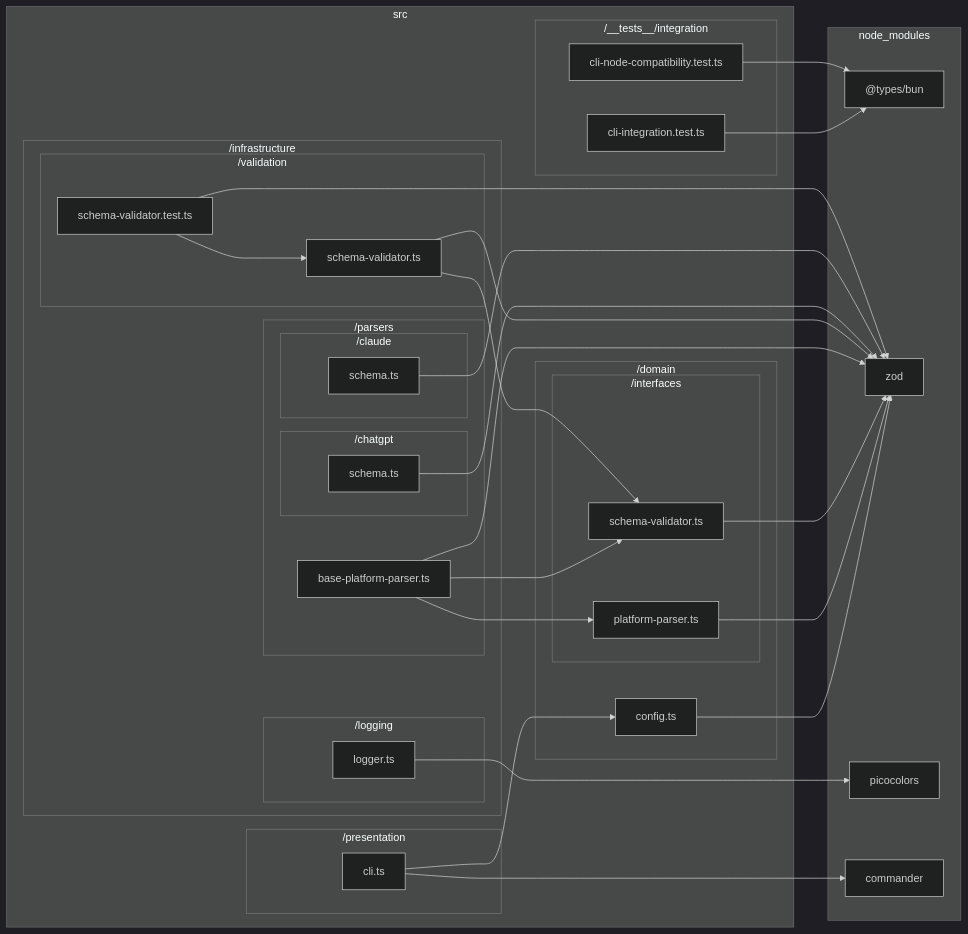
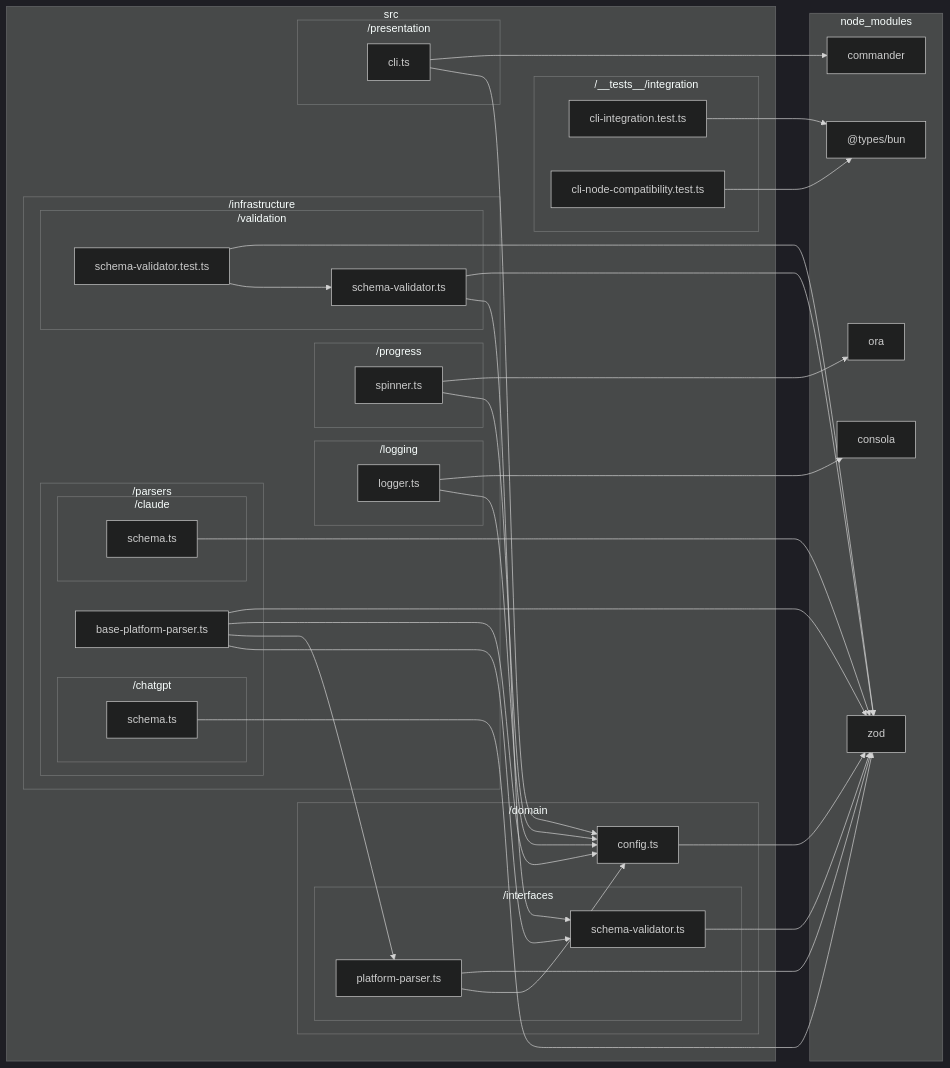
One commit to sugurutakahashi-1234/ai-chat-md-export changed the diagram in docs/reports/dependencies/external.md. Above: the diagram before and after it, drawn with Mermaid (dark theme). The commit also changed 27 other files, not shown here.

Commit message:
refactor: replace picocolors with consola and separate logger/spinner concerns (#67)

````diff
--- a/docs/reports/dependencies/external.md
+++ b/docs/reports/dependencies/external.md
@@ -7,60 +7,69 @@
 ```mermaid
 flowchart LR
     subgraph node//modules["node_modules"]
         node//modules///types/bun/index.d.ts["@types/bun"]
         node//modules/zod/index.d.cts["zod"]
-        node//modules/picocolors/picocolors.d.ts["picocolors"]
+        node//modules/consola/dist/index.d.cts["consola"]
+        node//modules/ora/index.d.ts["ora"]
         node//modules/commander/typings/index.d.ts["commander"]
     end
     subgraph src["src"]
         subgraph src/////tests/////integration["/__tests__/integration"]
             src/////tests/////integration/cli//integration.test.ts["cli-integration.test.ts"]
             src/////tests/////integration/cli//node//compatibility.test.ts["cli-node-compatibility.test.ts"]
         end
         subgraph src/domain["/domain"]
             src/domain/config.ts["config.ts"]
             subgraph src/domain/interfaces["/interfaces"]
                 src/domain/interfaces/platform//parser.ts["platform-parser.ts"]
                 src/domain/interfaces/schema//validator.ts["schema-validator.ts"]
             end
         end
         subgraph src/infrastructure["/infrastructure"]
             subgraph src/infrastructure/logging["/logging"]
                 src/infrastructure/logging/logger.ts["logger.ts"]
             end
             subgraph src/infrastructure/parsers["/parsers"]
                 src/infrastructure/parsers/base//platform//parser.ts["base-platform-parser.ts"]
                 subgraph src/infrastructure/parsers/chatgpt["/chatgpt"]
                     src/infrastructure/parsers/chatgpt/schema.ts["schema.ts"]
                 end
                 subgraph src/infrastructure/parsers/claude["/claude"]
                     src/infrastructure/parsers/claude/schema.ts["schema.ts"]
                 end
             end
+            subgraph src/infrastructure/progress["/progress"]
+                src/infrastructure/progress/spinner.ts["spinner.ts"]
+            end
             subgraph src/infrastructure/validation["/validation"]
                 src/infrastructure/validation/schema//validator.ts["schema-validator.ts"]
                 src/infrastructure/validation/schema//validator.test.ts["schema-validator.test.ts"]
             end
         end
         subgraph src/presentation["/presentation"]
             src/presentation/cli.ts["cli.ts"]
         end
     end
     src/////tests/////integration/cli//integration.test.ts-->node//modules///types/bun/index.d.ts
     src/////tests/////integration/cli//node//compatibility.test.ts-->node//modules///types/bun/index.d.ts
     src/domain/config.ts-->node//modules/zod/index.d.cts
     src/domain/interfaces/platform//parser.ts-->node//modules/zod/index.d.cts
     src/domain/interfaces/schema//validator.ts-->node//modules/zod/index.d.cts
-    src/infrastructure/logging/logger.ts-->node//modules/picocolors/picocolors.d.ts
+    src/infrastructure/logging/logger.ts-->node//modules/consola/dist/index.d.cts
     src/infrastructure/parsers/base//platform//parser.ts-->node//modules/zod/index.d.cts
+    src/infrastructure/progress/spinner.ts-->node//modules/ora/index.d.ts
     src/infrastructure/validation/schema//validator.ts-->node//modules/zod/index.d.cts
     src/infrastructure/parsers/chatgpt/schema.ts-->node//modules/zod/index.d.cts
     src/infrastructure/parsers/claude/schema.ts-->node//modules/zod/index.d.cts
     src/infrastructure/validation/schema//validator.test.ts-->node//modules/zod/index.d.cts
     src/presentation/cli.ts-->node//modules/commander/typings/index.d.ts
+    src/domain/interfaces/platform//parser.ts-->src/domain/config.ts
+    src/infrastructure/logging/logger.ts-->src/domain/config.ts
+    src/infrastructure/parsers/base//platform//parser.ts-->src/domain/config.ts
     src/infrastructure/parsers/base//platform//parser.ts-->src/domain/interfaces/platform//parser.ts
     src/infrastructure/parsers/base//platform//parser.ts-->src/domain/interfaces/schema//validator.ts
+    src/infrastructure/progress/spinner.ts-->src/domain/config.ts
     src/infrastructure/validation/schema//validator.ts-->src/domain/interfaces/schema//validator.ts
     src/infrastructure/validation/schema//validator.test.ts-->src/infrastructure/validation/schema//validator.ts
     src/presentation/cli.ts-->src/domain/config.ts
 ```
````
